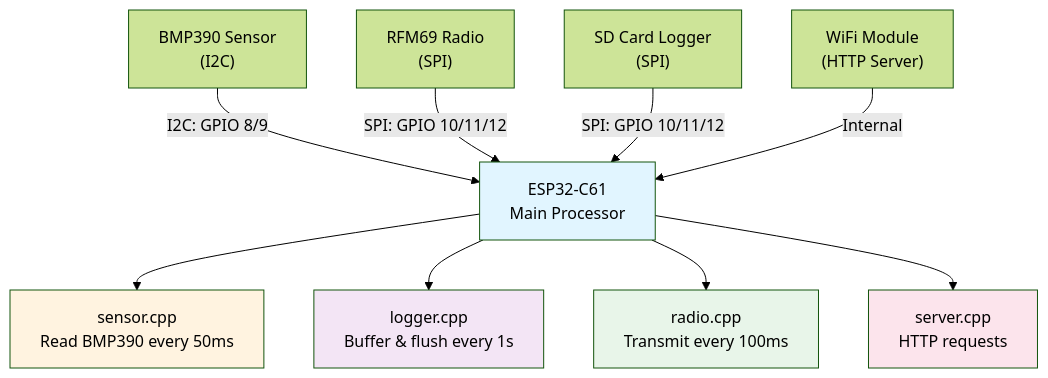
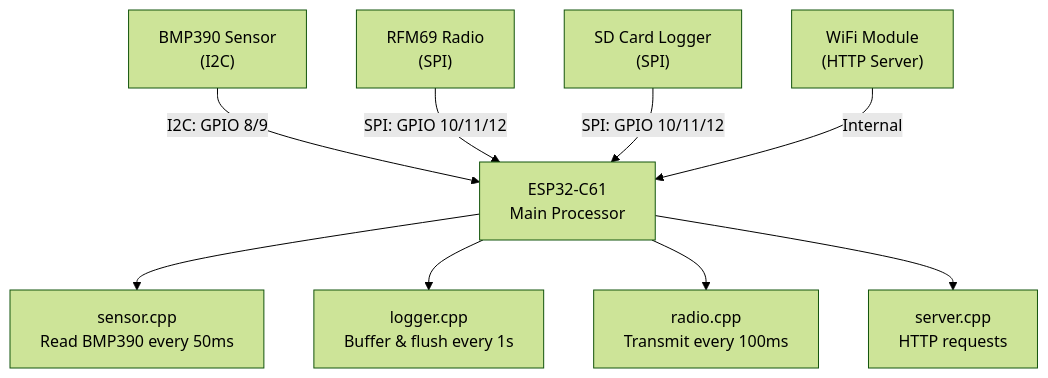
The fourth of 5 diagrams in README.md (MichaelADiazM/George-L2-and-L3-Electronics-Hell), drawn with Mermaid (forest theme) before and after one commit.

Commit message:
Docs: Removed hardcoded light-mode fill colors.

````diff
--- a/README.md
+++ b/README.md
@@ -293,25 +293,19 @@
 ```mermaid
 graph TD
     BMP390["BMP390 Sensor<br/>(I2C)"]
     RFM69["RFM69 Radio<br/>(SPI)"]
     SDCARD["SD Card Logger<br/>(SPI)"]
     WiFi["WiFi Module<br/>(HTTP Server)"]
     
     ESP32["ESP32-C61<br/>Main Processor"]
     
     BMP390 -->|I2C: GPIO 8/9| ESP32
     RFM69 -->|SPI: GPIO 10/11/12| ESP32
     SDCARD -->|SPI: GPIO 10/11/12| ESP32
     WiFi -->|Internal| ESP32
     
     ESP32 --> SENSOR["sensor.cpp<br/>Read BMP390 every 50ms"]
     ESP32 --> LOGGER["logger.cpp<br/>Buffer & flush every 1s"]
     ESP32 --> RADIO["radio.cpp<br/>Transmit every 100ms"]
     ESP32 --> SERVER["server.cpp<br/>HTTP requests"]
-    
-    style ESP32 fill:#e1f5ff
-    style SENSOR fill:#fff3e0
-    style LOGGER fill:#f3e5f5
-    style RADIO fill:#e8f5e9
-    style SERVER fill:#fce4ec
 ```
````
